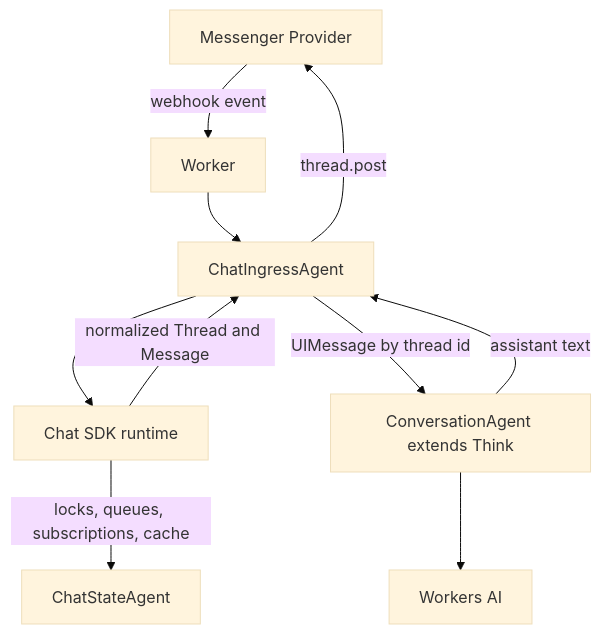
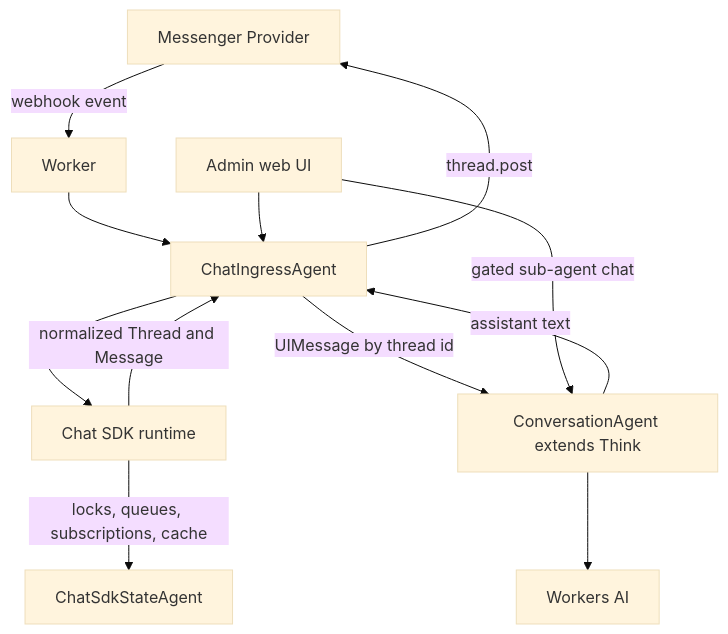
The diagram in examples/chat-sdk-messenger/README.md (fork-the-planet/agents), drawn with Mermaid (base theme) before and after one commit. The commit also changed other lines of this file and 65 other files, not shown here.

First line of the commit message:
Add Chat SDK state adapter and messenger admin UI (#1570)

````diff
--- a/examples/chat-sdk-messenger/README.md
+++ b/examples/chat-sdk-messenger/README.md
@@ -104,12 +108,14 @@
 ```mermaid
 flowchart TB
   Messenger[Messenger Provider] -->|"webhook event"| Worker[Worker]
   Worker --> ChatIngressAgent[ChatIngressAgent]
   ChatIngressAgent --> ChatSdk["Chat SDK runtime"]
-  ChatSdk -->|"locks, queues, subscriptions, cache"| ChatStateAgent[ChatStateAgent]
+  ChatSdk -->|"locks, queues, subscriptions, cache"| ChatSdkStateAgent[ChatSdkStateAgent]
   ChatSdk -->|"normalized Thread and Message"| ChatIngressAgent
   ChatIngressAgent -->|"UIMessage by thread id"| ConversationAgent[ConversationAgent extends Think]
   ConversationAgent --> WorkersAI[Workers AI]
   ConversationAgent -->|"assistant text"| ChatIngressAgent
   ChatIngressAgent -->|"thread.post"| Messenger
+  AdminUI["Admin web UI"] --> ChatIngressAgent
+  AdminUI -->|"gated sub-agent chat"| ConversationAgent
 ```
````
